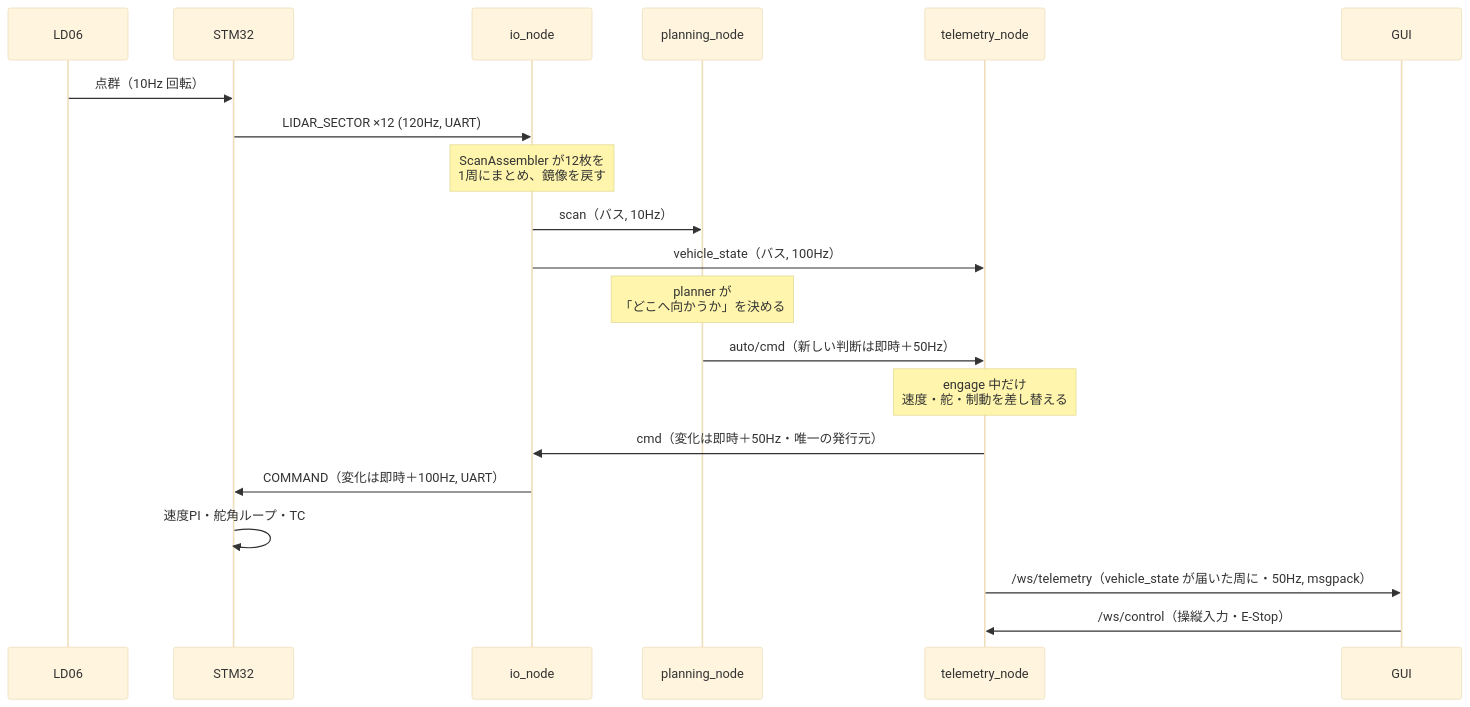
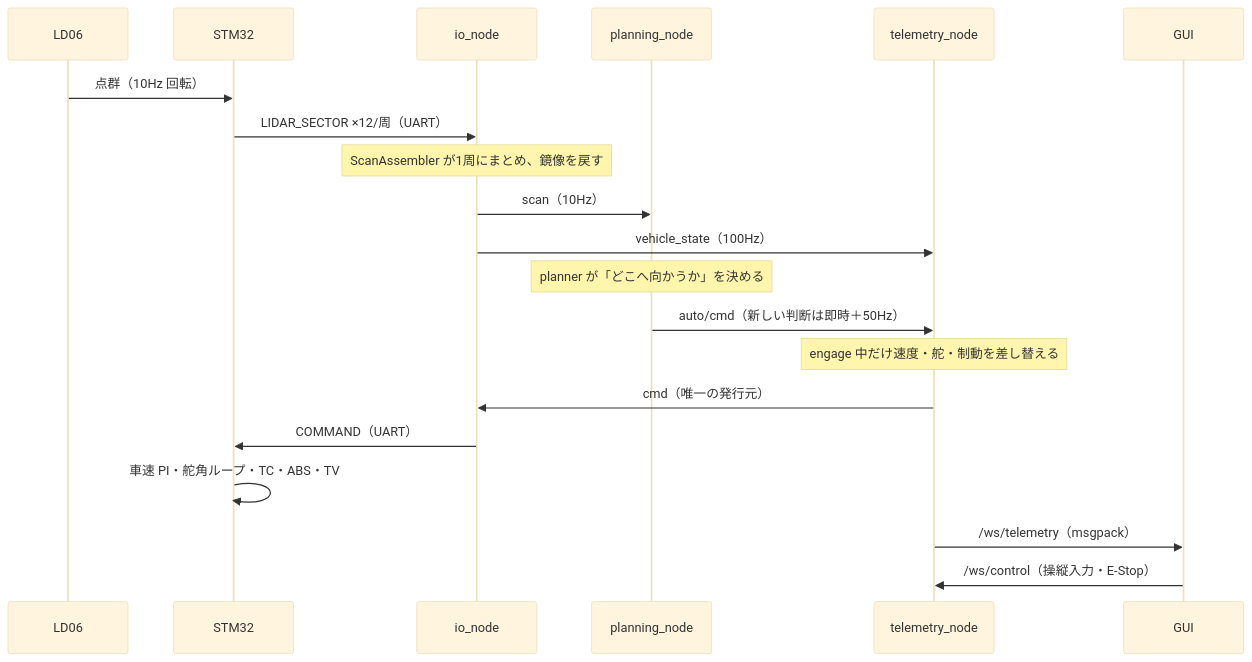
One commit to banbatakumi/AutonomousCar_RasPi changed the second of 2 diagrams in surge_mk2/docs/system_overview.md. Above: the diagram before and after it, drawn with Mermaid (base theme). The commit also changed other lines of this file and 165 other files, not shown here.

````diff
--- a/surge_mk2/docs/system_overview.md
+++ b/surge_mk2/docs/system_overview.md
@@ -144,23 +158,23 @@
 ```mermaid
 sequenceDiagram
     participant L as LD06
     participant S as STM32
     participant IO as io_node
     participant P as planning_node
     participant T as telemetry_node
     participant G as GUI
 
     L->>S: 点群（10Hz 回転）
-    S->>IO: LIDAR_SECTOR ×12 (120Hz, UART)
-    Note over IO: ScanAssembler が12枚を<br/>1周にまとめ、鏡像を戻す
-    IO->>P: scan（バス, 10Hz）
-    IO->>T: vehicle_state（バス, 100Hz）
-    Note over P: planner が<br/>「どこへ向かうか」を決める
+    S->>IO: LIDAR_SECTOR ×12/周（UART）
+    Note over IO: ScanAssembler が1周にまとめ、鏡像を戻す
+    IO->>P: scan（10Hz）
+    IO->>T: vehicle_state（100Hz）
+    Note over P: planner が「どこへ向かうか」を決める
     P->>T: auto/cmd（新しい判断は即時＋50Hz）
-    Note over T: engage 中だけ<br/>速度・舵・制動を差し替える
-    T->>IO: cmd（変化は即時＋50Hz・唯一の発行元）
-    IO->>S: COMMAND（変化は即時＋100Hz, UART）
-    S->>S: 速度PI・舵角ループ・TC
-    T->>G: /ws/telemetry（vehicle_state が届いた周に・50Hz, msgpack）
+    Note over T: engage 中だけ速度・舵・制動を差し替える
+    T->>IO: cmd（唯一の発行元）
+    IO->>S: COMMAND（UART）
+    S->>S: 車速 PI・舵角ループ・TC・ABS・TV
+    T->>G: /ws/telemetry（msgpack）
     G->>T: /ws/control（操縦入力・E-Stop）
 ```
````
